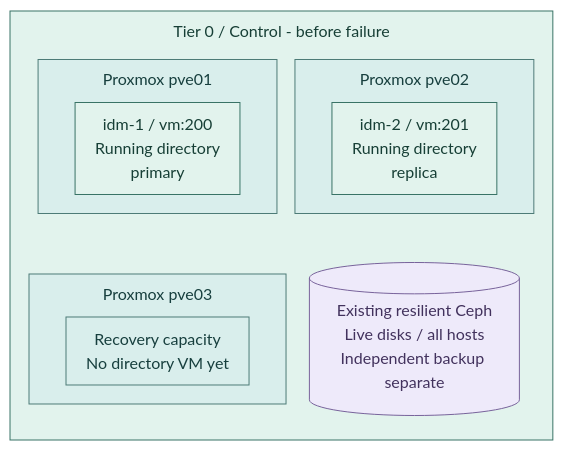
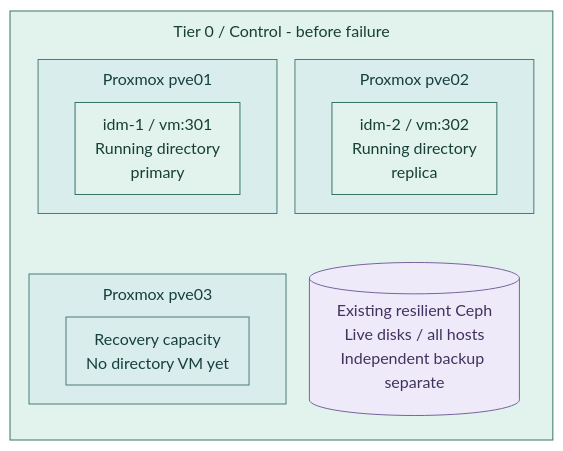
One commit to Rexus/homelab changed the first of 2 diagrams in docs/deployment/foundation/proxmox/failover.md. Above: the diagram before and after it, drawn with Mermaid. The commit also changed other lines of this file and 241 other files, not shown here.

````diff
--- a/docs/deployment/foundation/proxmox/failover.md
+++ b/docs/deployment/foundation/proxmox/failover.md
@@ -30,26 +30,26 @@
 ```mermaid
 %%{init: {"theme":"base","flowchart":{"nodeSpacing":18,"rankSpacing":24,"padding":10,"subGraphTitleMargin":{"top":8,"bottom":16}},"themeVariables":{"lineColor":"#627581","edgeLabelBackground":"#f8fafc"}}}%%
 flowchart TB
   subgraph T0["Tier 0 / Control - before failure"]
     direction TB
     subgraph P1["Proxmox pve01"]
-      A["idm-1 / vm:200<br/>Running directory<br/>primary"]
+      A["idm-1 / vm:301<br/>Running directory<br/>primary"]
     end
     subgraph P2["Proxmox pve02"]
-      B["idm-2 / vm:201<br/>Running directory<br/>replica"]
+      B["idm-2 / vm:302<br/>Running directory<br/>replica"]
     end
     subgraph P3["Proxmox pve03"]
       Spare["Recovery capacity<br/>No directory VM yet"]
     end
     Storage[("Existing resilient Ceph<br/>Live disks / all hosts<br/>Independent backup separate")]
     P1 ~~~ P3
     P2 ~~~ Storage
   end
   classDef default fill:#f8fafc,stroke:#64748b,color:#1f2937
   classDef control fill:#e2f3ed,stroke:#397366,color:#173f36
   classDef runtime fill:#d9eeec,stroke:#4d7b77,color:#173f3e
   classDef data fill:#eeeafa,stroke:#78639b,color:#42325d
   class T0,A,B control
   class P1,P2,P3,Spare runtime
   class Storage data
 ```
````
